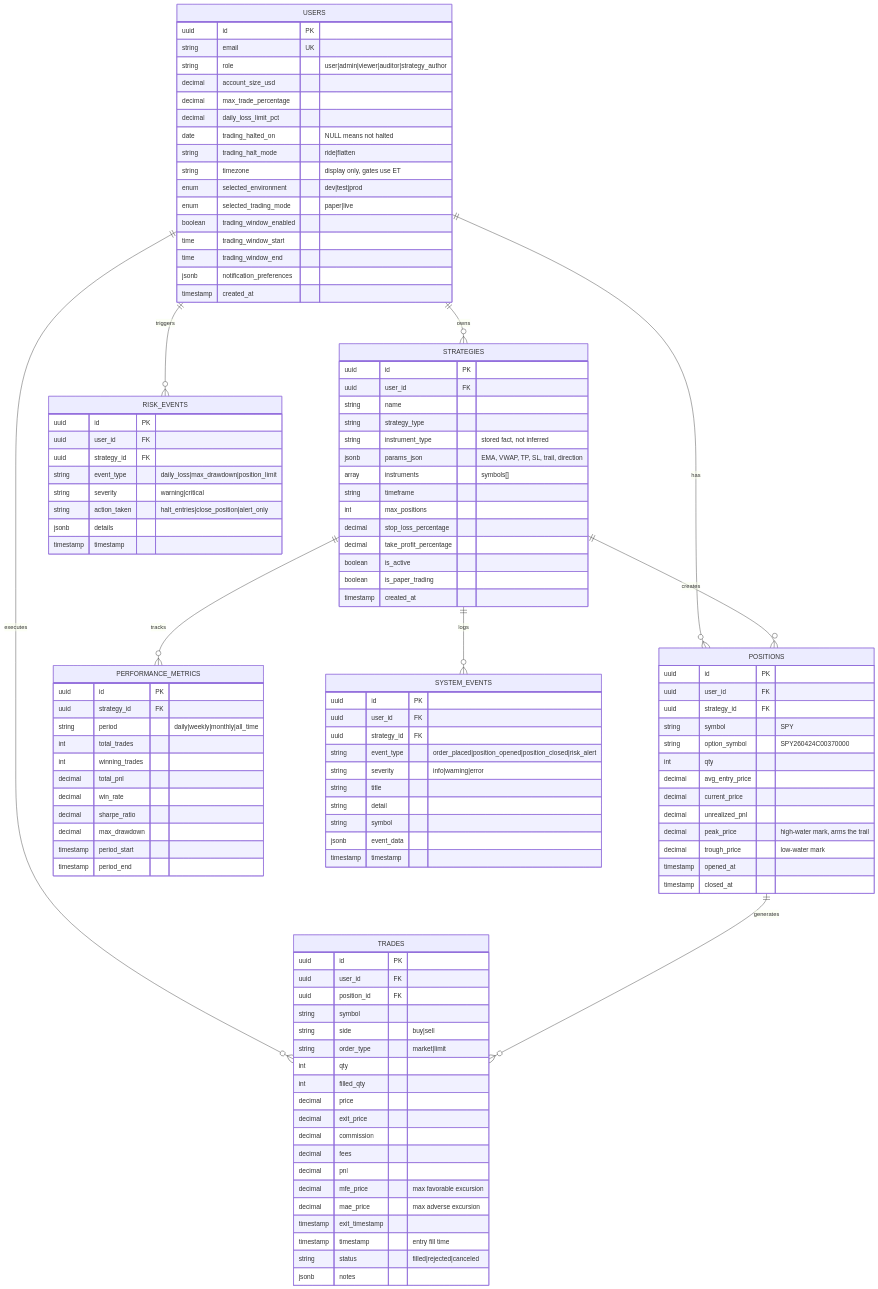
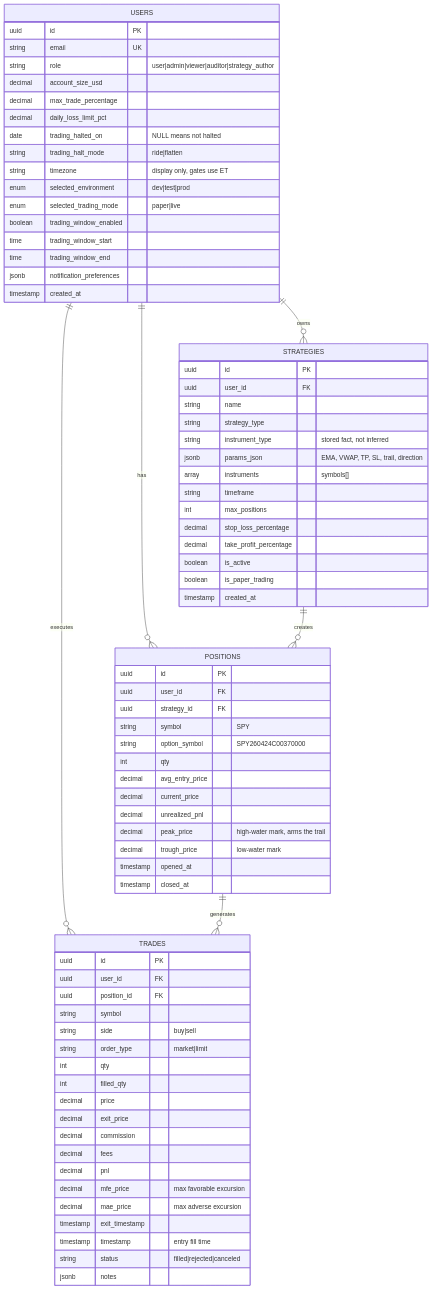
Before and after one commit to PirateKingSteve-0/VegaPunkR: the fourth of 22 diagrams in docs/architecture-diagram.md, drawn with Mermaid. The commit also changed other lines of this file and 14 other files, not shown here.

````diff
--- a/docs/architecture-diagram.md
+++ b/docs/architecture-diagram.md
@@ -127,11 +141,8 @@
     USERS ||--o{ STRATEGIES : owns
     USERS ||--o{ POSITIONS : has
     USERS ||--o{ TRADES : executes
-    USERS ||--o{ RISK_EVENTS : triggers
     STRATEGIES ||--o{ POSITIONS : creates
-    STRATEGIES ||--o{ PERFORMANCE_METRICS : tracks
     POSITIONS ||--o{ TRADES : generates
-    STRATEGIES ||--o{ SYSTEM_EVENTS : logs
 
     USERS {
         uuid id PK
@@ -206,42 +217,4 @@
         string status "filled|rejected|canceled"
         jsonb notes
     }
-
-    PERFORMANCE_METRICS {
-        uuid id PK
-        uuid strategy_id FK
-        string period "daily|weekly|monthly|all_time"
-        int total_trades
-        int winning_trades
-        decimal total_pnl
-        decimal win_rate
-        decimal sharpe_ratio
-        decimal max_drawdown
-        timestamp period_start
-        timestamp period_end
-    }
-
-    SYSTEM_EVENTS {
-        uuid id PK
-        uuid user_id FK
-        uuid strategy_id FK
-        string event_type "order_placed|position_opened|position_closed|risk_alert"
-        string severity "info|warning|error"
-        string title
-        string detail
-        string symbol
-        jsonb event_data
-        timestamp timestamp
-    }
-
-    RISK_EVENTS {
-        uuid id PK
-        uuid user_id FK
-        uuid strategy_id FK
-        string event_type "daily_loss|max_drawdown|position_limit"
-        string severity "warning|critical"
-        string action_taken "halt_entries|close_position|alert_only"
-        jsonb details
-        timestamp timestamp
-    }
 ```
````
